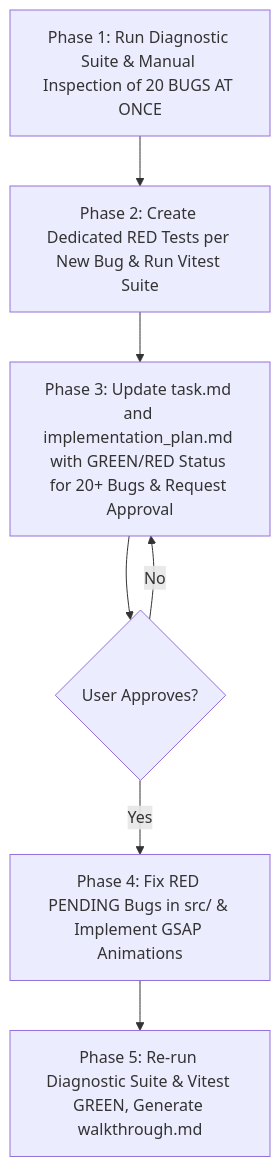
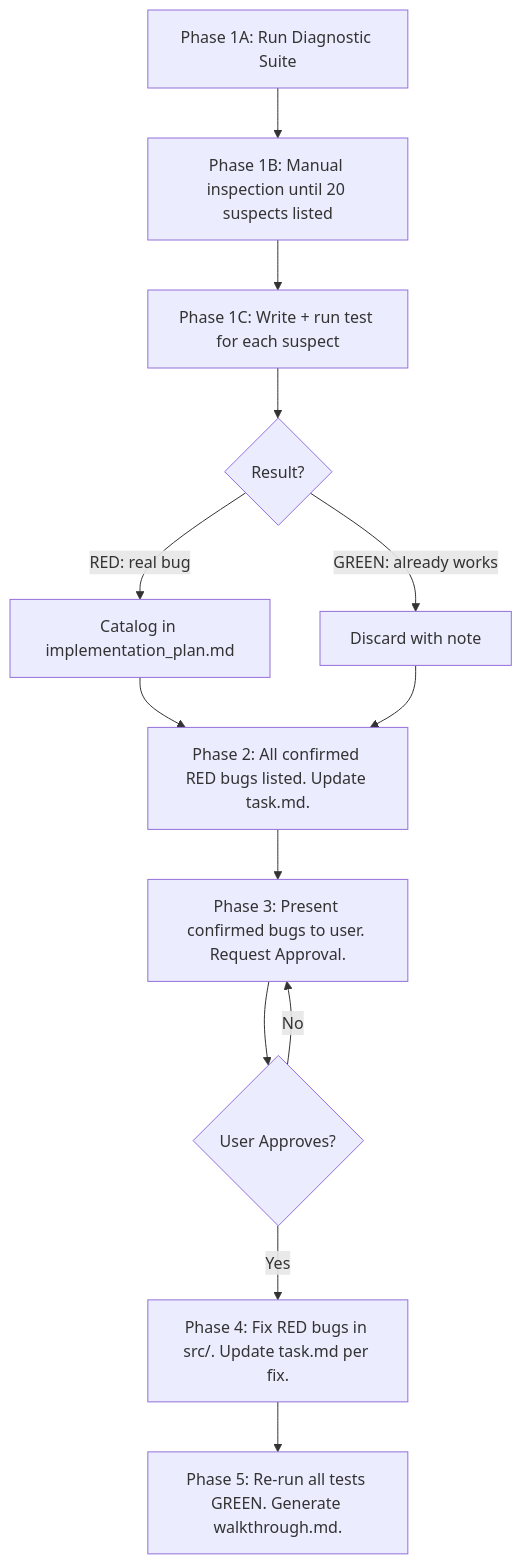
Before and after one commit to Darkham77/PokeBorrador: the diagram in .agents/skills/audit-simulations/SKILL.md, drawn with Mermaid. The commit also changed other lines of this file and 9 other files, not shown here.

````diff
--- a/.agents/skills/audit-simulations/SKILL.md
+++ b/.agents/skills/audit-simulations/SKILL.md
@@ -116,9 +172,15 @@
 ```mermaid
 graph TD
-    A[Phase 1: Run Diagnostic Suite & Manual Inspection of 20 BUGS AT ONCE] --> B[Phase 2: Create Dedicated RED Tests per New Bug & Run Vitest Suite]
-    B --> C[Phase 3: Update task.md and implementation_plan.md with GREEN/RED Status for 20+ Bugs & Request Approval]
-    C --> D{User Approves?}
-    D -- No --> C
-    D -- Yes --> E[Phase 4: Fix RED PENDING Bugs in src/ & Implement GSAP Animations]
-    E --> F[Phase 5: Re-run Diagnostic Suite & Vitest GREEN, Generate walkthrough.md]
+    A[Phase 1A: Run Diagnostic Suite] --> B[Phase 1B: Manual inspection until 20 suspects listed]
+    B --> C[Phase 1C: Write + run test for each suspect]
+    C --> D{Result?}
+    D -- RED: real bug --> E[Catalog in implementation_plan.md]
+    D -- GREEN: already works --> F[Discard with note]
+    E --> G[Phase 2: All confirmed RED bugs listed. Update task.md.]
+    F --> G
+    G --> H[Phase 3: Present confirmed bugs to user. Request Approval.]
+    H --> I{User Approves?}
+    I -- No --> H
+    I -- Yes --> J[Phase 4: Fix RED bugs in src/. Update task.md per fix.]
+    J --> K[Phase 5: Re-run all tests GREEN. Generate walkthrough.md.]
 ```
````
